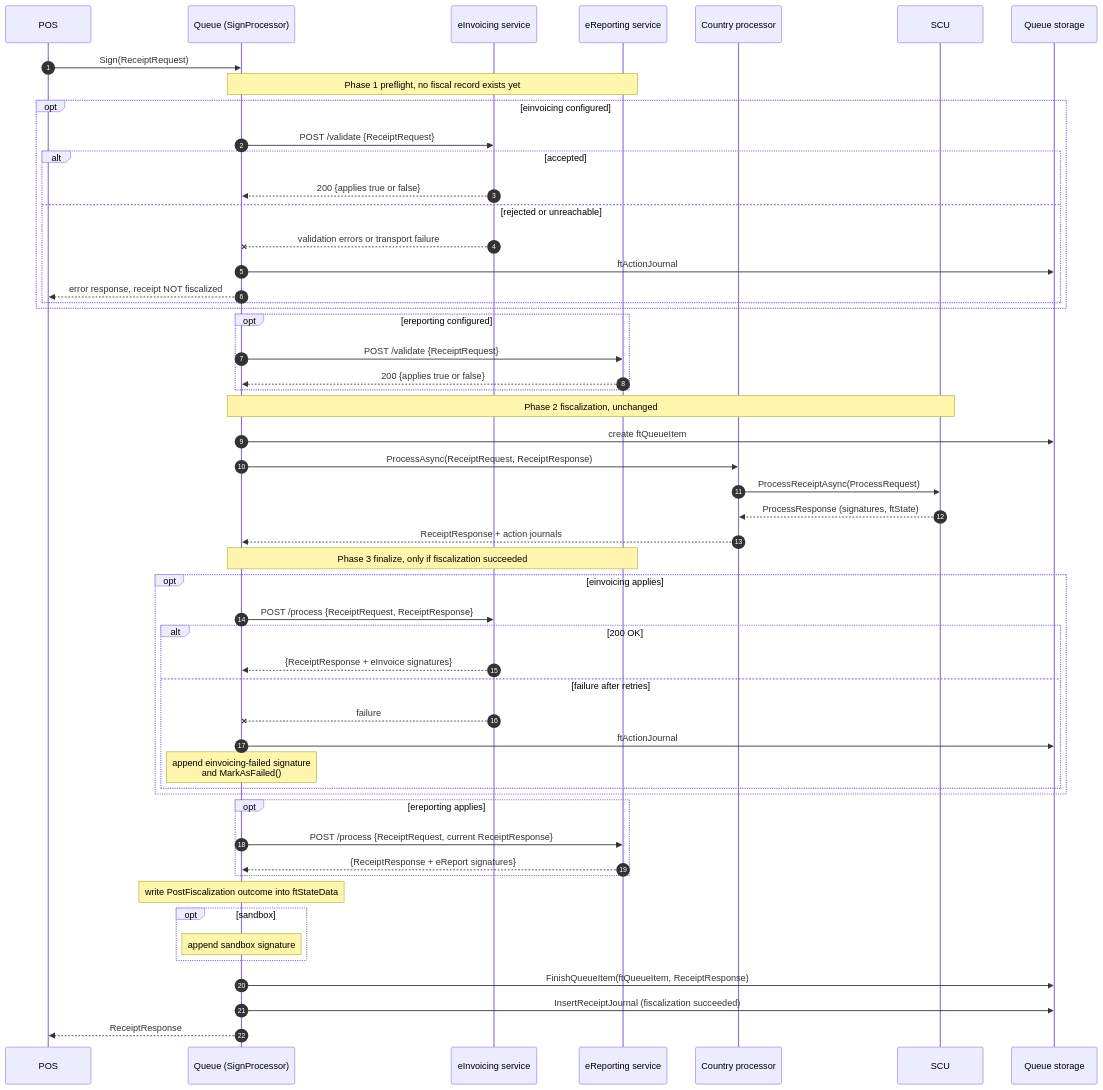
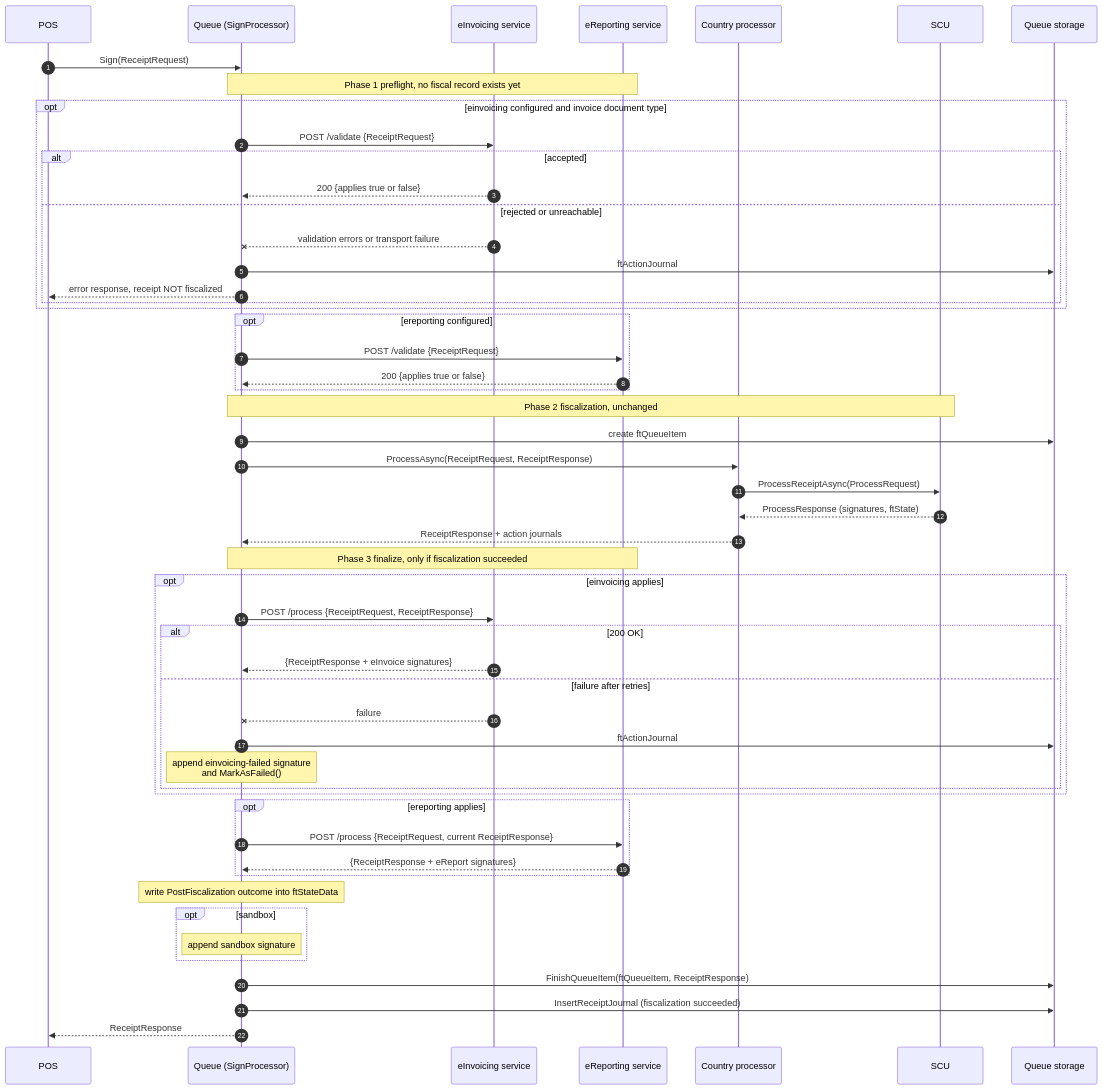
Before and after one commit to fiskaltrust/middleware: the diagram in rfcs/712-queue-einvoicing-ereporting.md, drawn with Mermaid. The commit also changed other lines of this file and 15 other files, not shown here.

````diff
--- a/rfcs/712-queue-einvoicing-ereporting.md
+++ b/rfcs/712-queue-einvoicing-ereporting.md
@@ -121,60 +128,60 @@
 ```mermaid
 sequenceDiagram
     autonumber
     participant POS
     participant Q as Queue (SignProcessor)
     participant EI as eInvoicing service
     participant ER as eReporting service
     participant CP as Country processor
     participant SCU
     participant DB as Queue storage
 
     POS->>Q: Sign(ReceiptRequest)
 
     Note over Q,ER: Phase 1 preflight, no fiscal record exists yet
-    opt einvoicing configured
+    opt einvoicing configured and invoice document type
         Q->>EI: POST /validate {ReceiptRequest}
         alt accepted
             EI-->>Q: 200 {applies true or false}
         else rejected or unreachable
             EI--xQ: validation errors or transport failure
             Q->>DB: ftActionJournal
             Q-->>POS: error response, receipt NOT fiscalized
         end
     end
     opt ereporting configured
         Q->>ER: POST /validate {ReceiptRequest}
         ER-->>Q: 200 {applies true or false}
     end
 
     Note over Q,SCU: Phase 2 fiscalization, unchanged
     Q->>DB: create ftQueueItem
     Q->>CP: ProcessAsync(ReceiptRequest, ReceiptResponse)
     CP->>SCU: ProcessReceiptAsync(ProcessRequest)
     SCU-->>CP: ProcessResponse (signatures, ftState)
     CP-->>Q: ReceiptResponse + action journals
 
     Note over Q,ER: Phase 3 finalize, only if fiscalization succeeded
     opt einvoicing applies
         Q->>EI: POST /process {ReceiptRequest, ReceiptResponse}
         alt 200 OK
             EI-->>Q: {ReceiptResponse + eInvoice signatures}
         else failure after retries
             EI--xQ: failure
             Q->>DB: ftActionJournal
             Note over Q: append einvoicing-failed signature<br/>and MarkAsFailed()
         end
     end
     opt ereporting applies
         Q->>ER: POST /process {ReceiptRequest, current ReceiptResponse}
         ER-->>Q: {ReceiptResponse + eReport signatures}
     end
 
     Note over Q: write PostFiscalization outcome into ftStateData
     opt sandbox
         Note over Q: append sandbox signature
     end
     Q->>DB: FinishQueueItem(ftQueueItem, ReceiptResponse)
     Q->>DB: InsertReceiptJournal (fiscalization succeeded)
     Q-->>POS: ReceiptResponse
 ```
````
